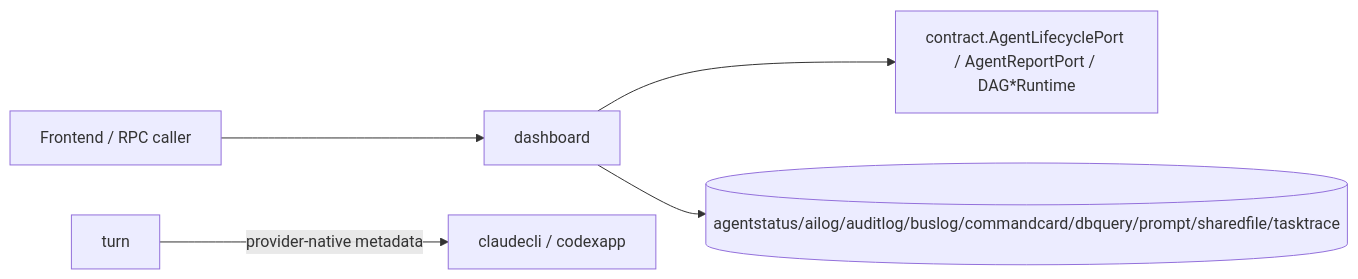
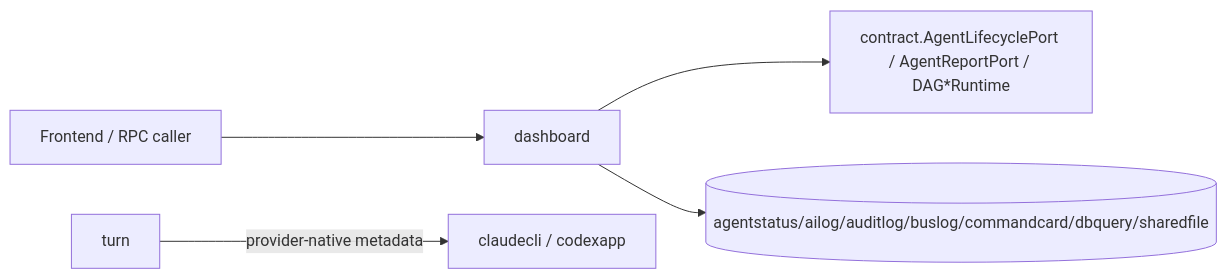
Before and after one commit to lihah111222333-cloud/Super-Dolphin-Agent-Cockpit: the first of 4 diagrams in docs/doc/codemap/07-module-read.md, drawn with Mermaid. The commit also changed other lines of this file and 257 other files, not shown here.

````diff
--- a/docs/doc/codemap/07-module-read.md
+++ b/docs/doc/codemap/07-module-read.md
@@ -15,7 +15,7 @@
 ```mermaid
 flowchart LR
     UI[Frontend / RPC caller] --> DASH[dashboard]
     DASH --> ORCH[contract.AgentLifecyclePort / AgentReportPort / DAG*Runtime]
-    DASH --> STORES[(agentstatus/ailog/auditlog/buslog/commandcard/dbquery/prompt/sharedfile/tasktrace)]
+    DASH --> STORES[(agentstatus/ailog/auditlog/buslog/commandcard/dbquery/sharedfile)]
     TURN[turn] -->|provider-native metadata| PROVIDERS[claudecli / codexapp]
 ```
````
